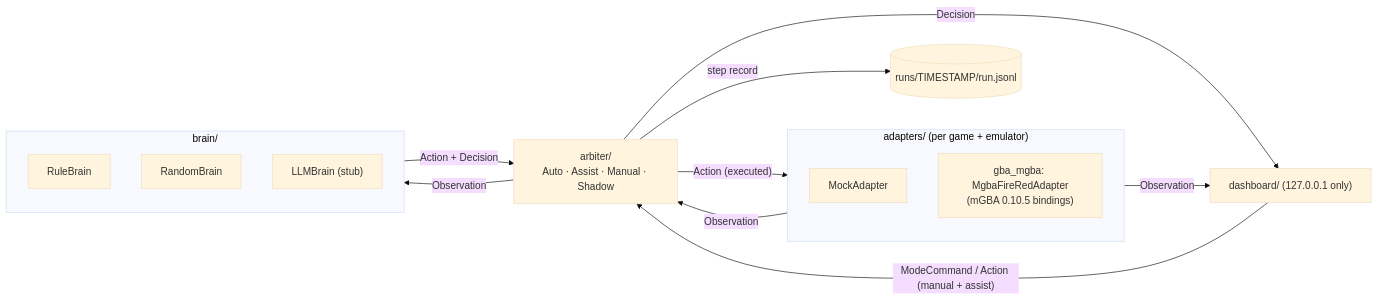
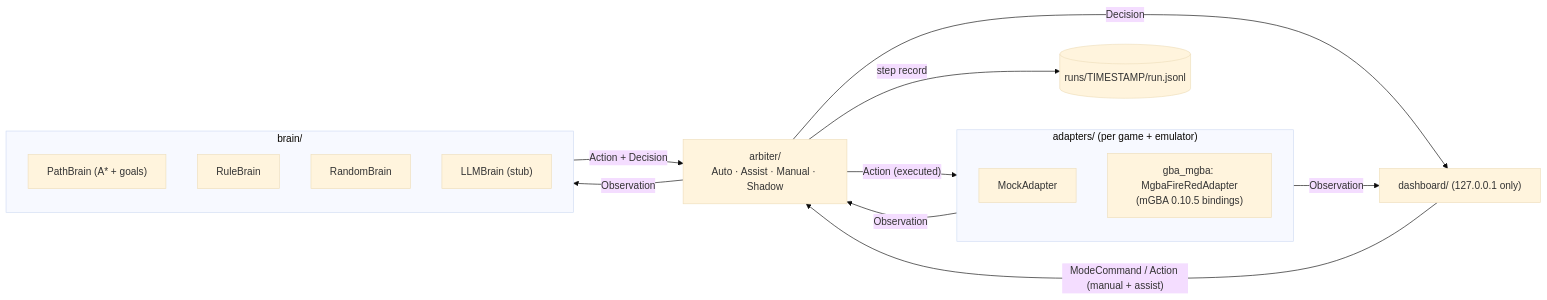
One commit to stevetsang852/game-brain changed the diagram in README.md. Above: the diagram before and after it, drawn with Mermaid (base theme). The commit also changed other lines of this file and 15 other files, not shown here.

First line of the commit message:
feat(nav): PathBrain — A* over map collision/warps, FireRed M1 goals (leave house → Pallet Town)

````diff
--- a/README.md
+++ b/README.md
@@ -32,24 +37,25 @@
 ```mermaid
 flowchart LR
     subgraph Adapter["adapters/ (per game + emulator)"]
         MOCK[MockAdapter]
         MGBA["gba_mgba: MgbaFireRedAdapter<br/>(mGBA 0.10.5 bindings)"]
     end
     subgraph Brains["brain/"]
+        PB["PathBrain (A* + goals)"]
         RB[RuleBrain]
         RND[RandomBrain]
         LLM["LLMBrain (stub)"]
     end
     ARB["arbiter/<br/>Auto · Assist · Manual · Shadow"]
     LOG[("runs/TIMESTAMP/run.jsonl")]
     DASH["dashboard/ (127.0.0.1 only)"]
 
     Adapter -- Observation --> ARB
     ARB -- Observation --> Brains
     Brains -- "Action + Decision" --> ARB
     ARB -- "Action (executed)" --> Adapter
     ARB -- step record --> LOG
     Adapter -- Observation --> DASH
     ARB -- Decision --> DASH
     DASH -- "ModeCommand / Action (manual + assist)" --> ARB
 ```
````
